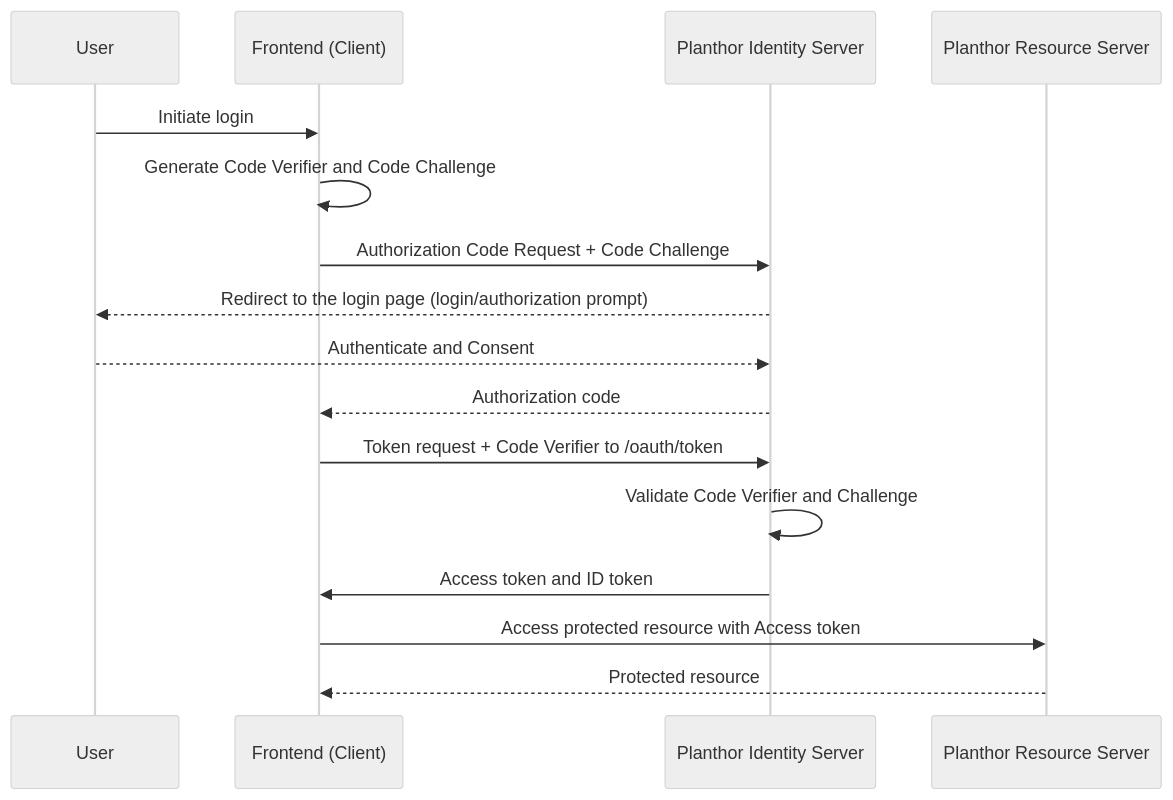
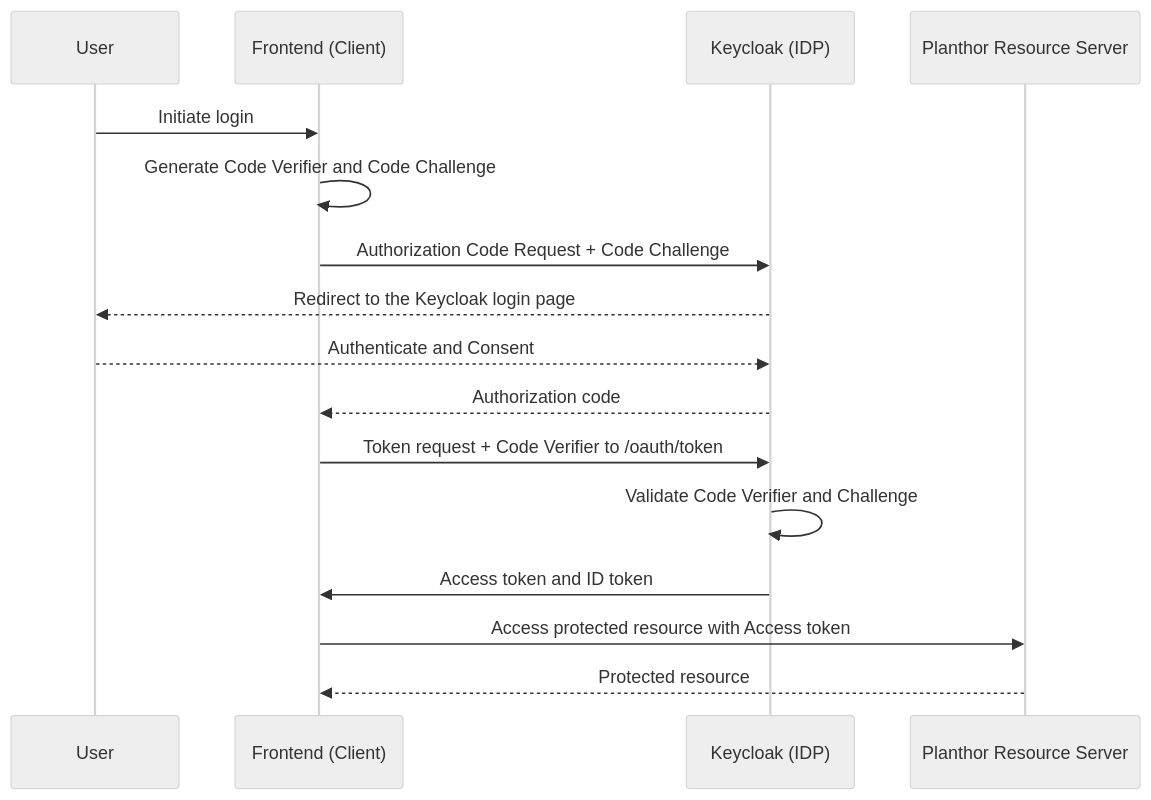
Before and after one commit to Planthor/planthor-documentation: the second of 2 diagrams in README.md, drawn with Mermaid (neutral theme). The commit also changed other lines of this file and 1 other file, not shown here.

Commit message:
Implement Keycloak as Planthor IDP solution

````diff
--- a/README.md
+++ b/README.md
@@ -41,14 +41,14 @@
 ```mermaid
 sequenceDiagram
     User->>Frontend (Client): Initiate login
     Frontend (Client)->>Frontend (Client): Generate Code Verifier and Code Challenge
-    Frontend (Client)->>Planthor Identity Server: Authorization Code Request + Code Challenge
-    Planthor Identity Server-->>User: Redirect to the login page (login/authorization prompt)
-    User-->>Planthor Identity Server: Authenticate and Consent
-    Planthor Identity Server-->>Frontend (Client): Authorization code
-    Frontend (Client)->>Planthor Identity Server: Token request + Code Verifier to /oauth/token
-    Planthor Identity Server->>Planthor Identity Server: Validate Code Verifier and Challenge
-    Planthor Identity Server->>Frontend (Client): Access token and ID token
+    Frontend (Client)->>Keycloak (IDP): Authorization Code Request + Code Challenge
+    Keycloak (IDP)-->>User: Redirect to the Keycloak login page
+    User-->>Keycloak (IDP): Authenticate and Consent
+    Keycloak (IDP)-->>Frontend (Client): Authorization code
+    Frontend (Client)->>Keycloak (IDP): Token request + Code Verifier to /oauth/token
+    Keycloak (IDP)->>Keycloak (IDP): Validate Code Verifier and Challenge
+    Keycloak (IDP)->>Frontend (Client): Access token and ID token
     Frontend (Client)->>Planthor Resource Server: Access protected resource with Access token
     Planthor Resource Server-->>Frontend (Client): Protected resource
 ```
````
